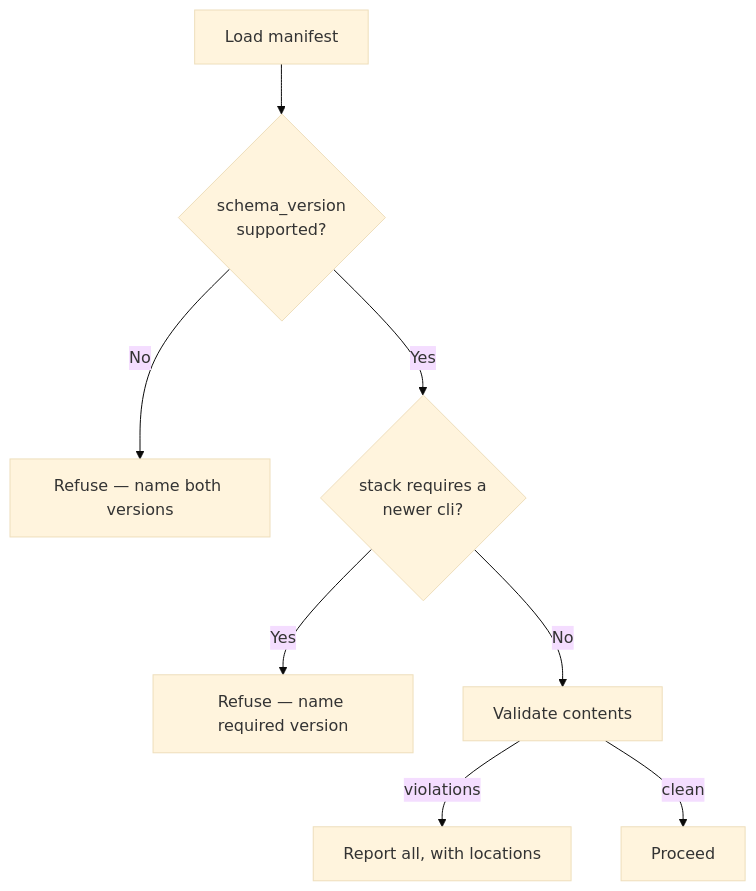
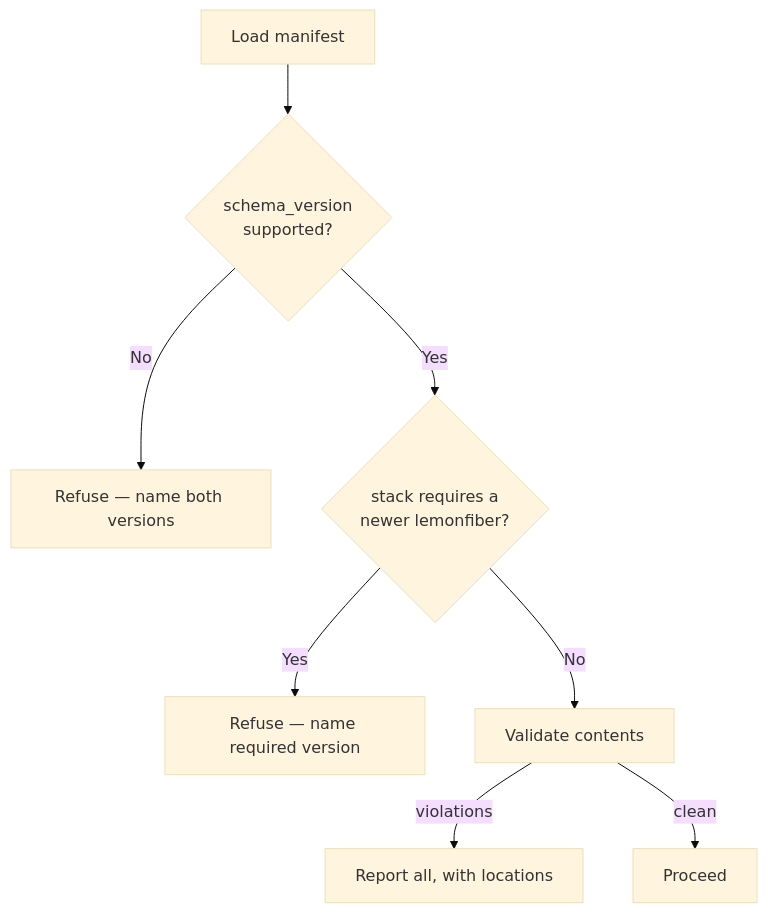
Before and after one commit to lemonfiber/spec: the diagram in 20-architecture/contracts/versioning.md, drawn with Mermaid (base theme). The commit also changed other lines of this file and 28 other files, not shown here.

First line of the commit message:
Rename the cli repo to lemonfiber (the namesake app)

````diff
--- a/20-architecture/contracts/versioning.md
+++ b/20-architecture/contracts/versioning.md
@@ -40,10 +40,10 @@
 ```mermaid
 flowchart TD
     load[Load manifest] --> sv{schema_version<br/>supported?}
     sv -->|No| refuse[Refuse — name both versions]
-    sv -->|Yes| mcv{stack requires a<br/>newer cli?}
+    sv -->|Yes| mcv{stack requires a<br/>newer lemonfiber?}
     mcv -->|Yes| refuse2[Refuse — name required version]
     mcv -->|No| validate[Validate contents]
     validate -->|violations| report[Report all, with locations]
     validate -->|clean| ok[Proceed]
 ```
````
